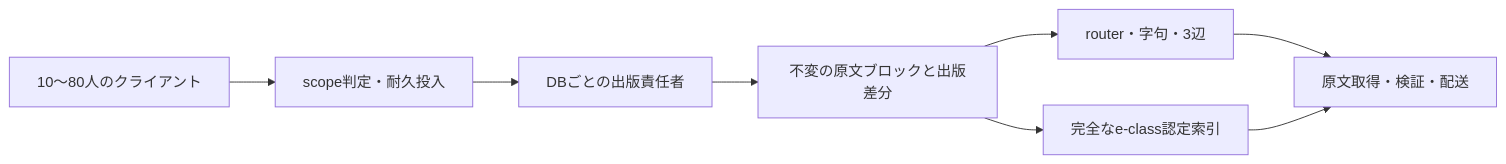
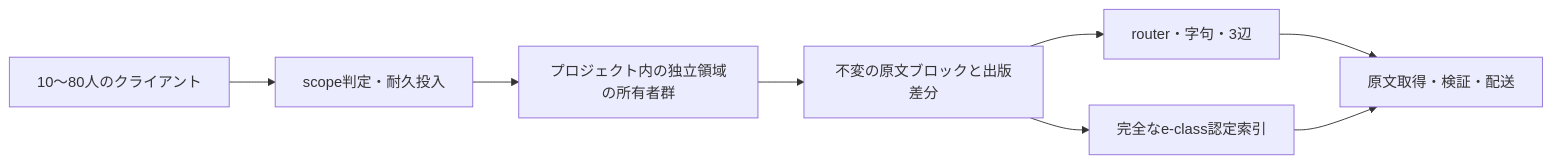
Before and after one commit to momonpya/eggshell: the diagram in docs/team-scale-plan.md, drawn with Mermaid. The commit also changed other lines of this file and 29 other files, not shown here.

````diff
--- a/docs/team-scale-plan.md
+++ b/docs/team-scale-plan.md
@@ -76,10 +76,10 @@
 ```mermaid
 flowchart LR
   C[10〜80人のクライアント] --> A[scope判定・耐久投入]
-  A --> P[DBごとの出版責任者]
+  A --> P[プロジェクト内の独立領域の所有者群]
   P --> F[不変の原文ブロックと出版差分]
   F --> V[router・字句・3辺]
   F --> E[完全なe-class認定索引]
   V --> D[原文取得・検証・配送]
   E --> D
 ```
````
